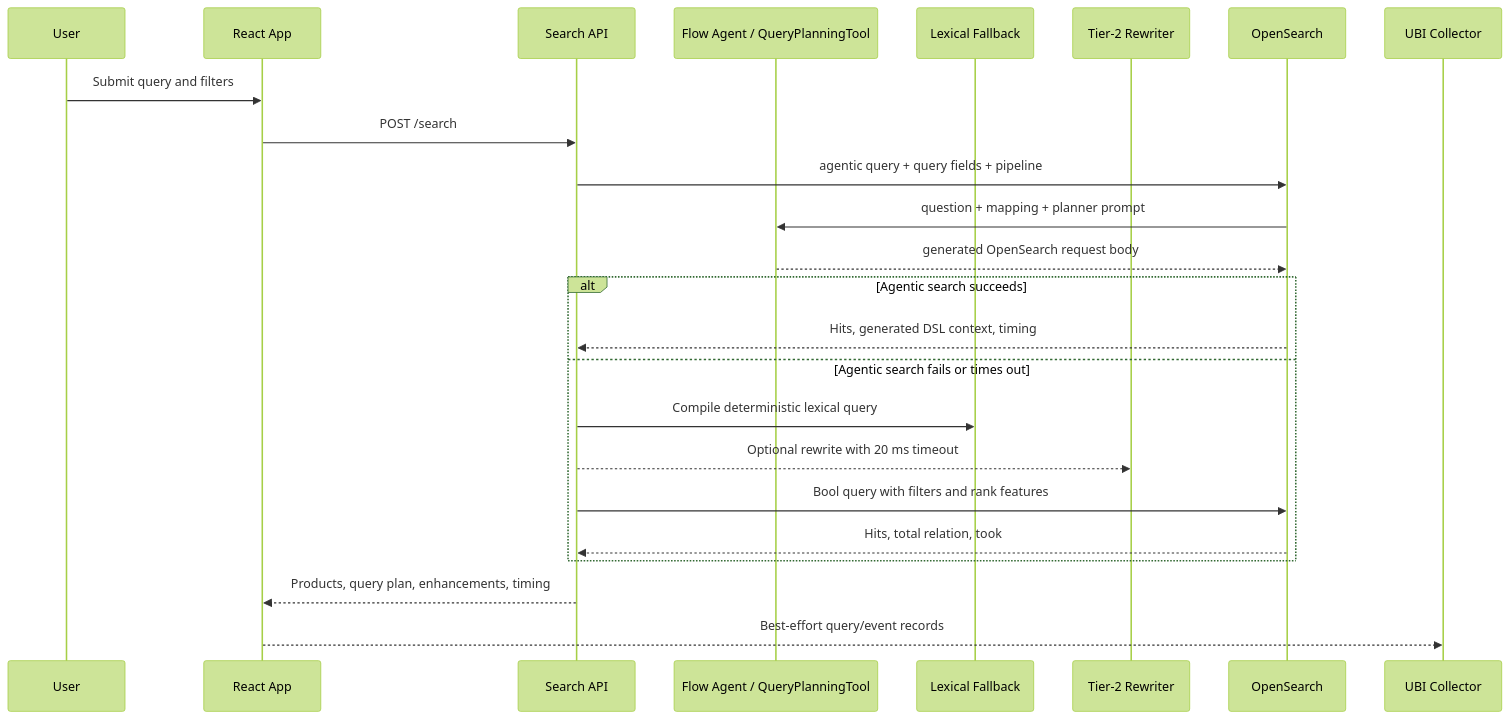
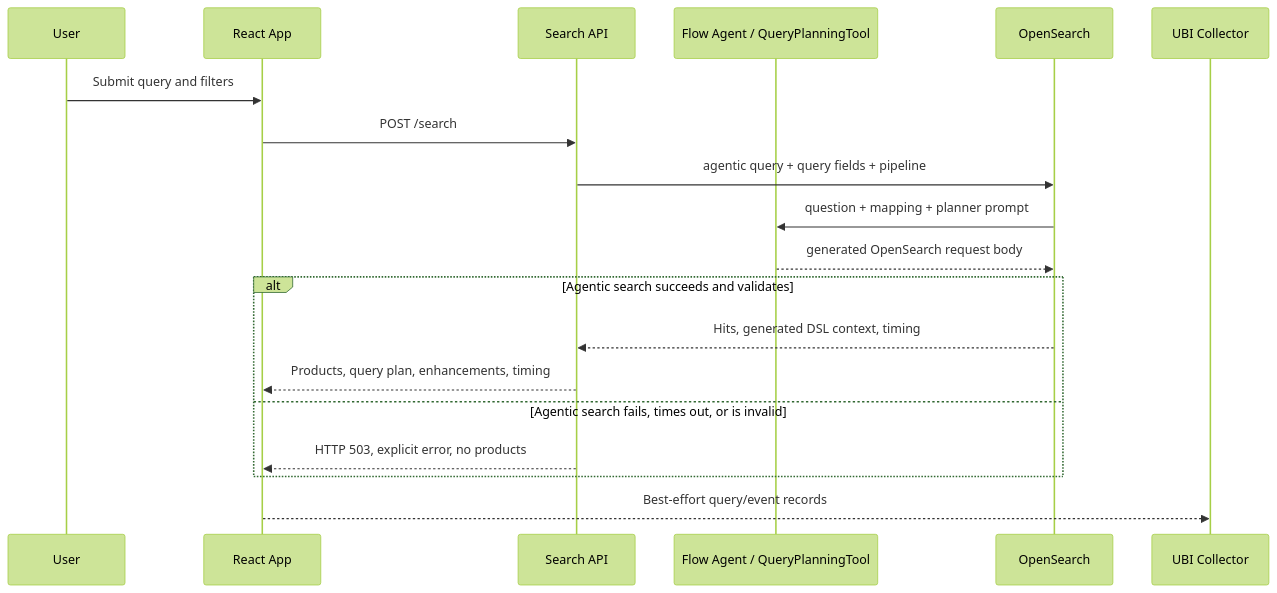
The second of 2 diagrams in retail-search-prototype/docs/architecture-report.md (sharp-pixel/LaTrouvaille), drawn with Mermaid (forest theme) before and after one commit. The commit also changed other lines of this file and 30 other files, not shown here.

````diff
--- a/retail-search-prototype/docs/architecture-report.md
+++ b/retail-search-prototype/docs/architecture-report.md
@@ -60,27 +61,22 @@
 ```mermaid
 sequenceDiagram
   participant U as User
   participant UI as React App
   participant API as Search API
   participant LLM as Flow Agent / QueryPlanningTool
-  participant QU as Lexical Fallback
-  participant QR as Tier-2 Rewriter
   participant OS as OpenSearch
   participant UBI as UBI Collector
 
   U->>UI: Submit query and filters
   UI->>API: POST /search
   API->>OS: agentic query + query fields + pipeline
   OS->>LLM: question + mapping + planner prompt
   LLM-->>OS: generated OpenSearch request body
-  alt Agentic search succeeds
+  alt Agentic search succeeds and validates
     OS-->>API: Hits, generated DSL context, timing
-  else Agentic search fails or times out
-    API->>QU: Compile deterministic lexical query
-    API-->>QR: Optional rewrite with 20 ms timeout
-    API->>OS: Bool query with filters and rank features
-    OS-->>API: Hits, total relation, took
+    API-->>UI: Products, query plan, enhancements, timing
+  else Agentic search fails, times out, or is invalid
+    API-->>UI: HTTP 503, explicit error, no products
   end
-  API-->>UI: Products, query plan, enhancements, timing
   UI-->>UBI: Best-effort query/event records
 ```
````
